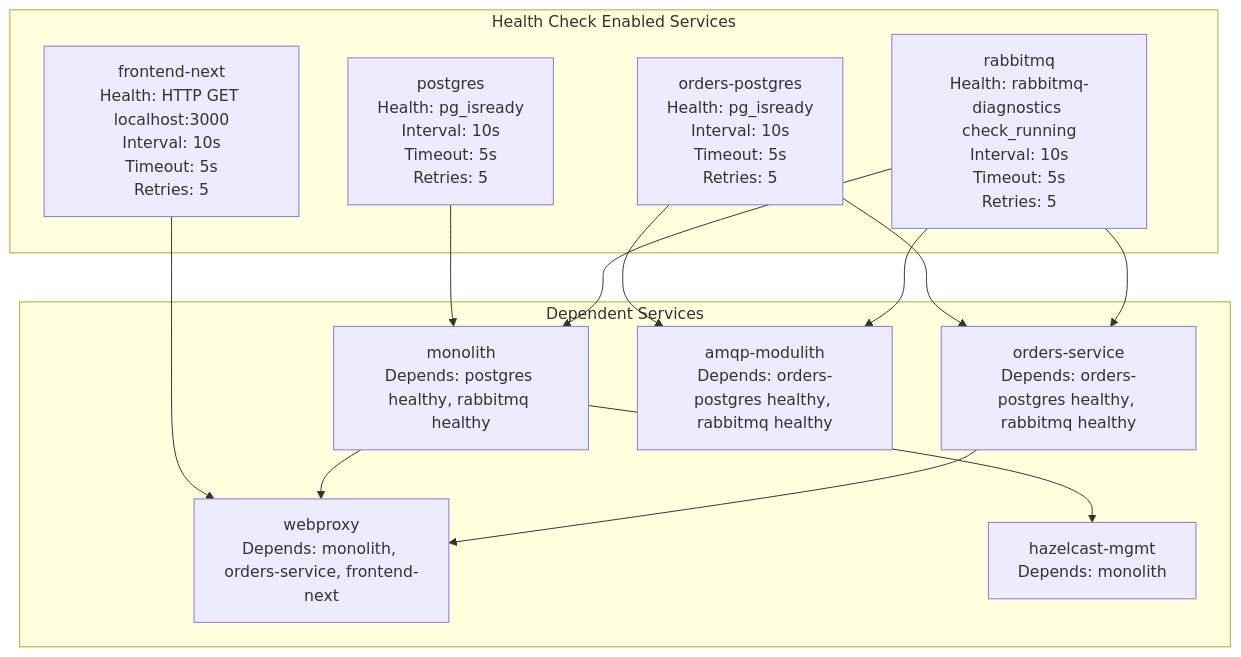
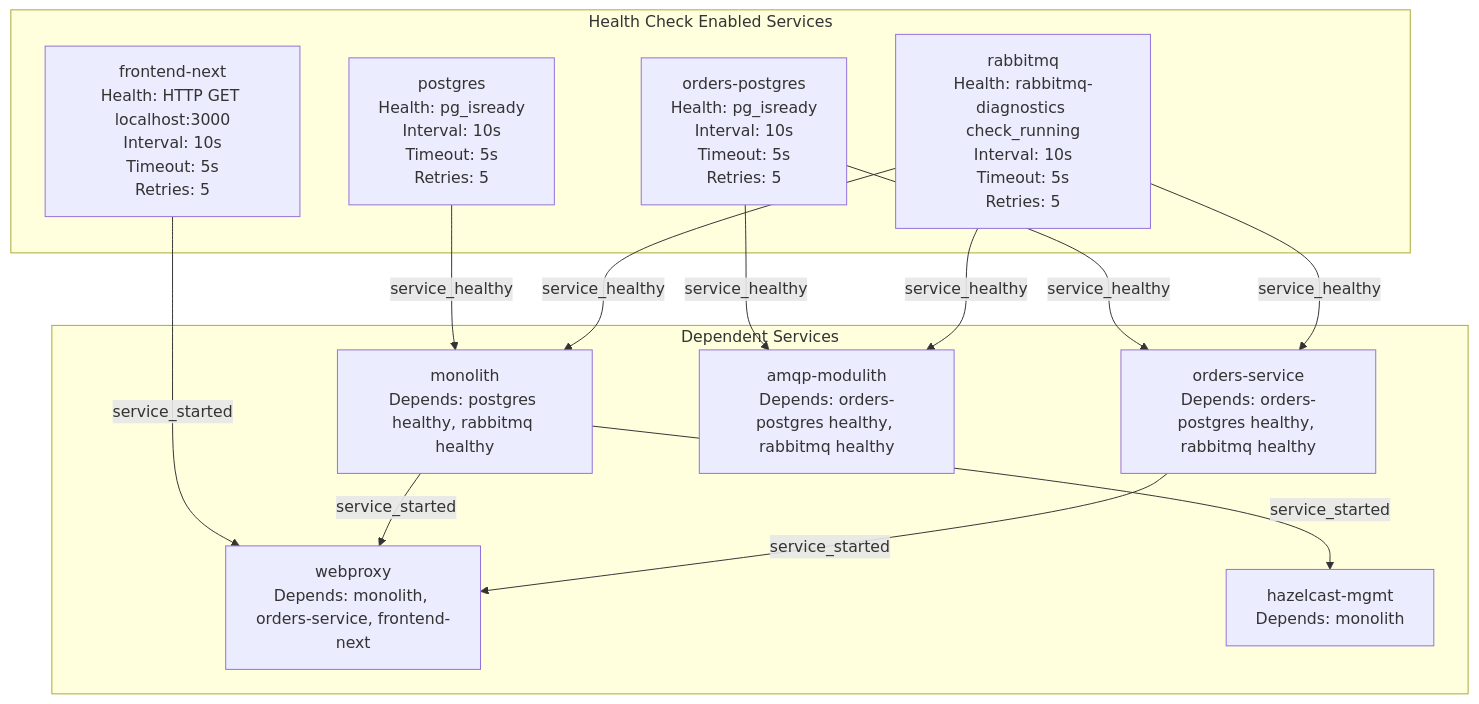
One commit to philipz/spring-modular-monolith changed the fourth of 5 diagrams in docs/deepwiki/Docker-Compose-Deployment.md. Above: the diagram before and after it, drawn with Mermaid. The commit also changed other lines of this file and 55 other files, not shown here.

````diff
--- a/docs/deepwiki/Docker-Compose-Deployment.md
+++ b/docs/deepwiki/Docker-Compose-Deployment.md
@@ -357,39 +357,39 @@
 ```mermaid
 flowchart TD
 
 postgres["postgres<br>Health: pg_isready<br>Interval: 10s<br>Timeout: 5s<br>Retries: 5"]
 orders_postgres["orders-postgres<br>Health: pg_isready<br>Interval: 10s<br>Timeout: 5s<br>Retries: 5"]
 rabbitmq["rabbitmq<br>Health: rabbitmq-diagnostics check_running<br>Interval: 10s<br>Timeout: 5s<br>Retries: 5"]
 frontend_next["frontend-next<br>Health: HTTP GET localhost:3000<br>Interval: 10s<br>Timeout: 5s<br>Retries: 5"]
 monolith["monolith<br>Depends: postgres healthy, rabbitmq healthy"]
 orders_service["orders-service<br>Depends: orders-postgres healthy, rabbitmq healthy"]
 amqp_modulith["amqp-modulith<br>Depends: orders-postgres healthy, rabbitmq healthy"]
 webproxy["webproxy<br>Depends: monolith, orders-service, frontend-next"]
 hazelcast_mgmt["hazelcast-mgmt<br>Depends: monolith"]
 
-postgres --> monolith
-rabbitmq --> monolith
-orders_postgres --> orders_service
-rabbitmq --> orders_service
-orders_postgres --> amqp_modulith
-rabbitmq --> amqp_modulith
-frontend_next --> webproxy
+postgres -->|"service_healthy"| monolith
+rabbitmq -->|"service_healthy"| monolith
+orders_postgres -->|"service_healthy"| orders_service
+rabbitmq -->|"service_healthy"| orders_service
+orders_postgres -->|"service_healthy"| amqp_modulith
+rabbitmq -->|"service_healthy"| amqp_modulith
+frontend_next -->|"service_started"| webproxy
 
 subgraph subGraph1 ["Dependent Services"]
     monolith
     orders_service
     amqp_modulith
     webproxy
     hazelcast_mgmt
-    monolith --> webproxy
-    orders_service --> webproxy
-    monolith --> hazelcast_mgmt
+    monolith -->|"service_started"| webproxy
+    orders_service -->|"service_started"| webproxy
+    monolith -->|"service_started"| hazelcast_mgmt
 end
 
 subgraph subGraph0 ["Health Check Enabled Services"]
     postgres
     orders_postgres
     rabbitmq
     frontend_next
 end
 ```
````
